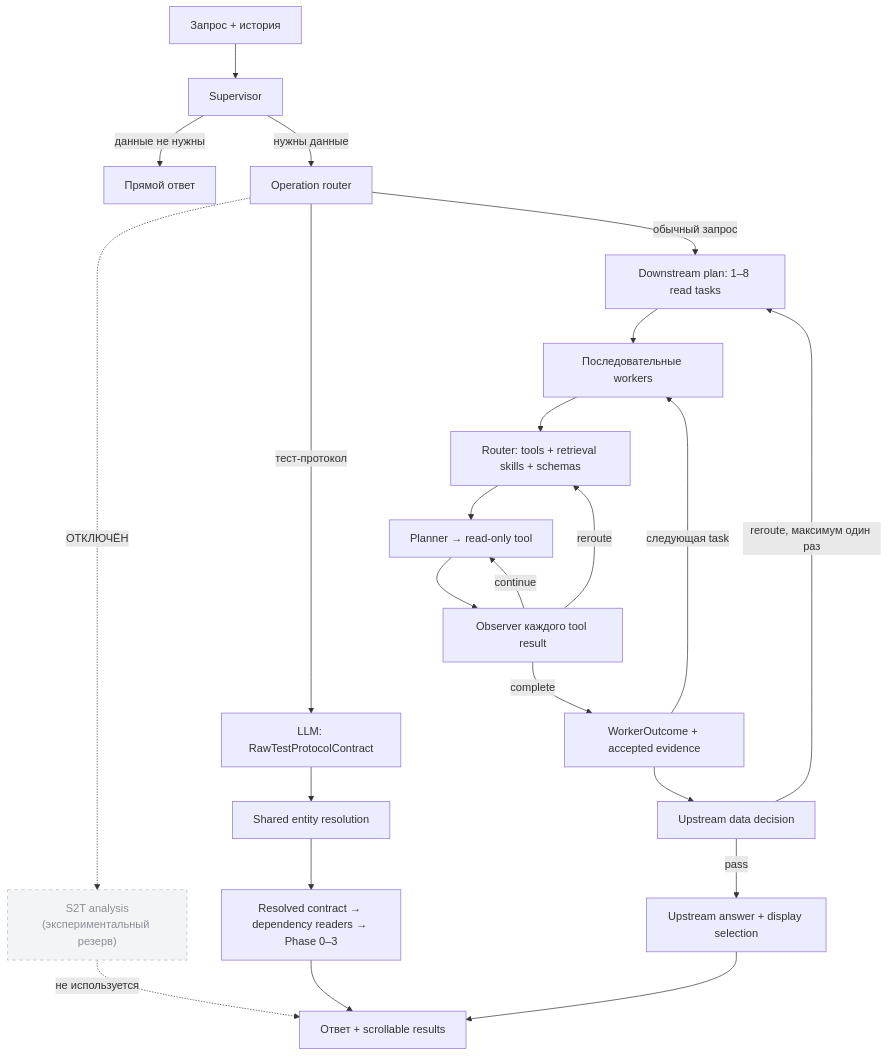
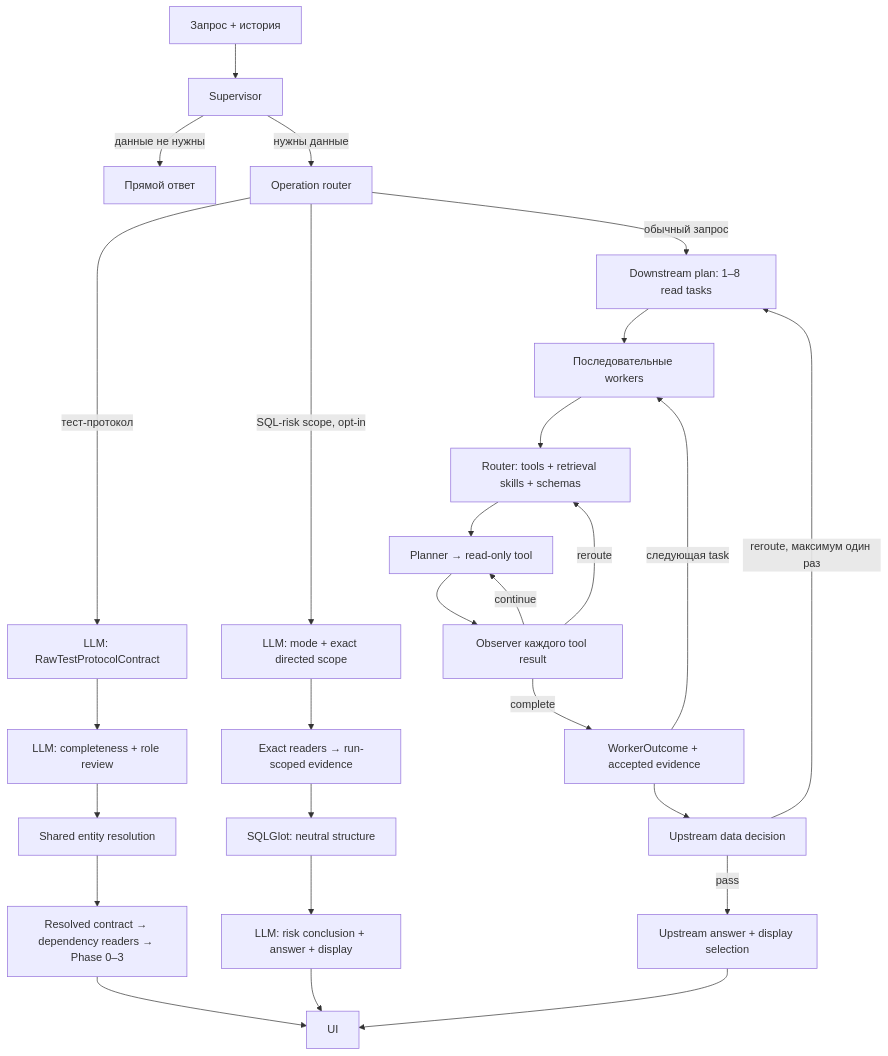
Before and after one commit to Sasyami/ETL-S2T-Parser: the second of 2 diagrams in README.md, drawn with Mermaid. The commit also changed other lines of this file and 88 other files, not shown here.

Commit message:
refactor: restore agentic baseline and reviewed risk flows

````diff
--- a/README.md
+++ b/README.md
@@ -65,26 +65,29 @@
 ```mermaid
 flowchart TD
     Q["Запрос + история"] --> S["Supervisor"]
     S -->|данные не нужны| A["Прямой ответ"]
     S -->|нужны данные| OR["Operation router"]
     OR -->|обычный запрос| C["Downstream plan: 1–8 read tasks"]
     C --> W["Последовательные workers"]
     W --> R["Router: tools + retrieval skills + schemas"]
     R --> P["Planner → read-only tool"]
     P --> O["Observer каждого tool result"]
     O -->|continue| P
     O -->|reroute| R
     O -->|complete| F["WorkerOutcome + accepted evidence"]
     F -->|следующая task| W
     F --> U["Upstream data decision"]
     U -->|reroute, максимум один раз| C
     U -->|pass| UA["Upstream answer + display selection"]
-    OR -.->|ОТКЛЮЧЁН| SC["S2T analysis<br/>(экспериментальный резерв)"]
     OR -->|тест-протокол| VRAW["LLM: RawTestProtocolContract"]
-    VRAW --> VRES["Shared entity resolution"]
+    VRAW --> VREV["LLM: completeness + role review"]
+    VREV --> VRES["Shared entity resolution"]
     VRES --> VC["Resolved contract → dependency readers → Phase 0–3"]
-    SC -.->|не используется| UI["Ответ + scrollable results"]
+    OR -->|SQL-risk scope, opt-in| SX["LLM: mode + exact directed scope"]
+    SX --> SR["Exact readers → run-scoped evidence"]
+    SR --> SS["SQLGlot: neutral structure"]
+    SS --> SA["LLM: risk conclusion + answer + display"]
     VC --> UI
+    SA --> UI
     UA --> UI
-    style SC fill:#f3f4f6,stroke:#b6bbc3,color:#8a9099,stroke-width:1px,stroke-dasharray:5 5
 ```
````
